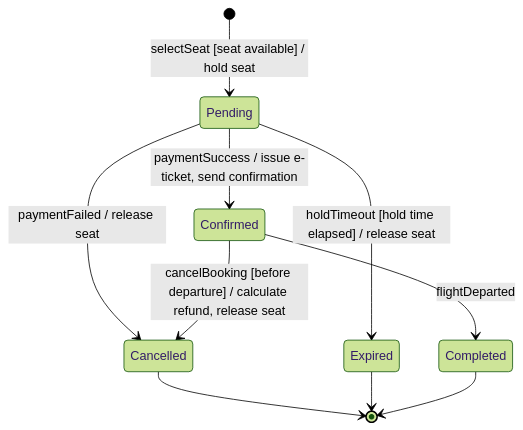
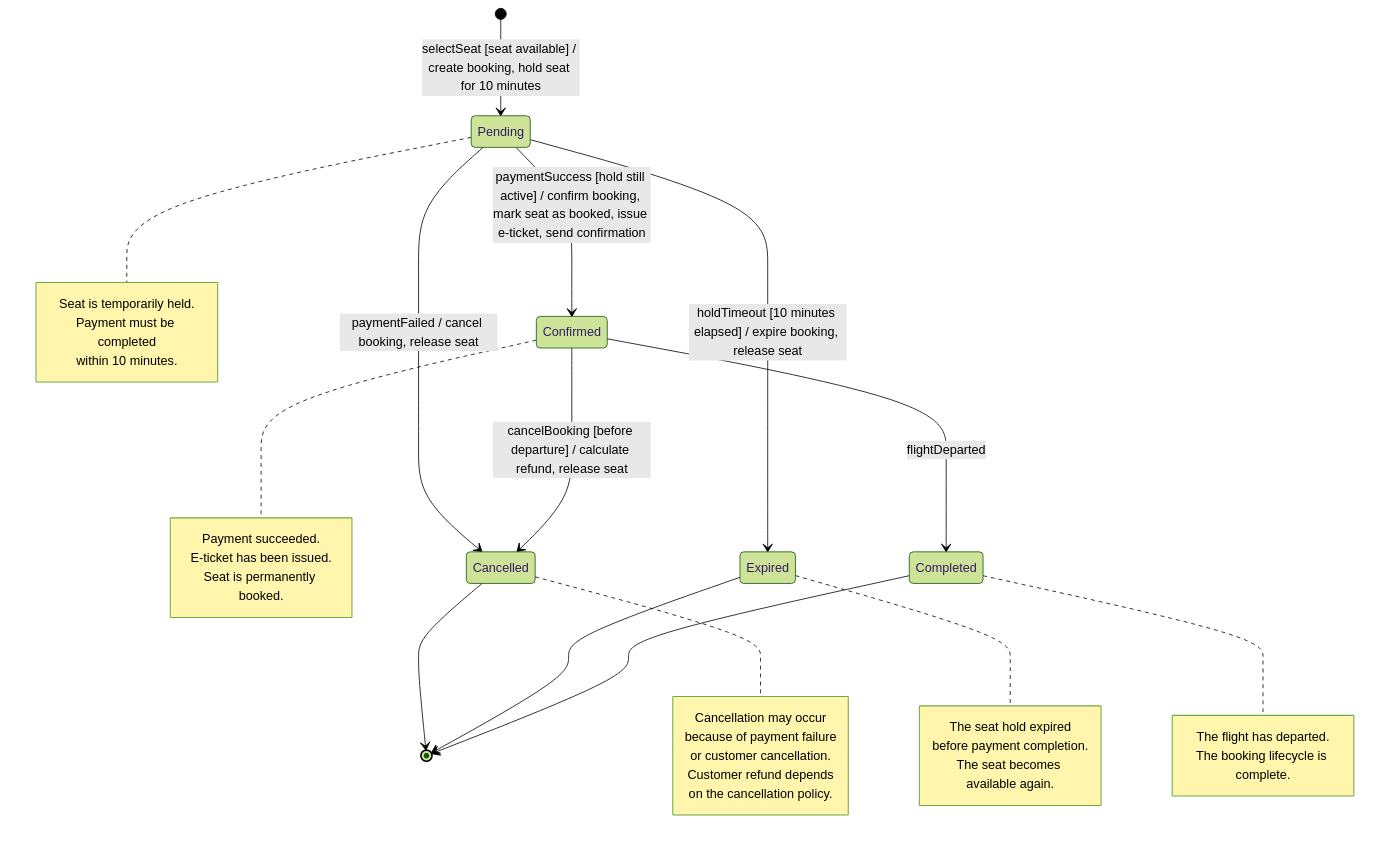
The diagram in uml/state_booking.md (AbdalslamBondoq/Software-project-Flight-Booking-System), drawn with Mermaid (forest theme) before and after one commit. The commit also changed other lines of this file, not shown here.

Commit message:
Add booking state diagram

````diff
--- a/uml/state_booking.md
+++ b/uml/state_booking.md
@@ -5,12 +13,50 @@
 ```mermaid
 stateDiagram-v2
-    [*] --> Pending : selectSeat [seat available] / hold seat
-    Pending --> Confirmed : paymentSuccess / issue e-ticket, send confirmation
-    Pending --> Cancelled : paymentFailed / release seat
-    Pending --> Expired : holdTimeout [hold time elapsed] / release seat
+
+    [*] --> Pending : selectSeat [seat available] / create booking, hold seat for 10 minutes
+
+    Pending --> Confirmed : paymentSuccess [hold still active] / confirm booking, mark seat as booked, issue e-ticket, send confirmation
+
+    Pending --> Cancelled : paymentFailed / cancel booking, release seat
+
+    Pending --> Expired : holdTimeout [10 minutes elapsed] / expire booking, release seat
+
     Confirmed --> Cancelled : cancelBooking [before departure] / calculate refund, release seat
+
     Confirmed --> Completed : flightDeparted
+
     Cancelled --> [*]
     Expired --> [*]
     Completed --> [*]
+
+    note right of Pending
+        Seat is temporarily held.
+        Payment must be completed
+        within 10 minutes.
+    end note
+
+    note right of Confirmed
+        Payment succeeded.
+        E-ticket has been issued.
+        Seat is permanently booked.
+    end note
+
+    note right of Cancelled
+        Cancellation may occur
+        because of payment failure
+        or customer cancellation.
+        Customer refund depends
+        on the cancellation policy.
+    end note
+
+    note right of Expired
+        The seat hold expired
+        before payment completion.
+        The seat becomes available again.
+    end note
+
+    note right of Completed
+        The flight has departed.
+        The booking lifecycle is complete.
+    end note
 ```
````
